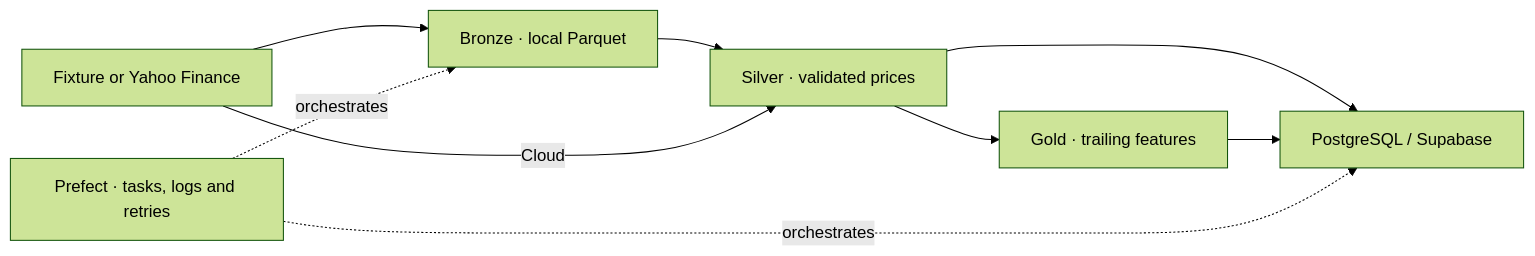
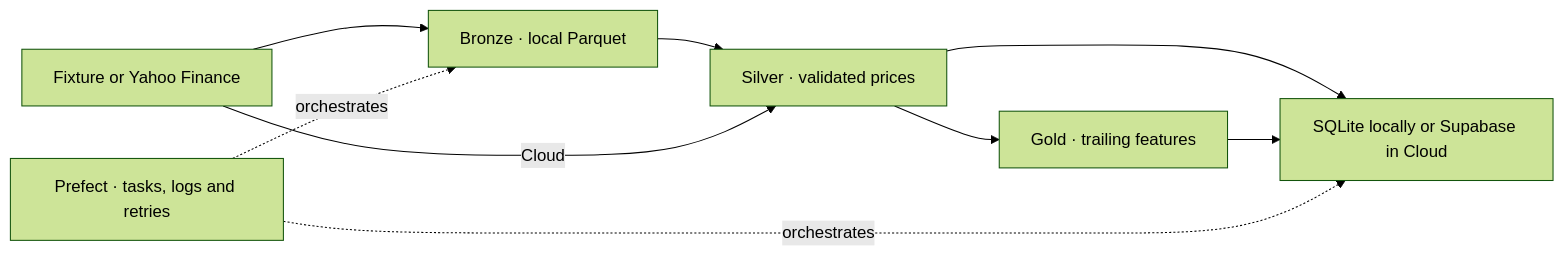
One commit to soloshun/market-data-ml-pipeline changed the diagram in README.md. Above: the diagram before and after it, drawn with Mermaid (forest theme). The commit also changed other lines of this file and 17 other files, not shown here.

Commit message:
Use SQLite locally and Prefect Secrets for Supabase

````diff
--- a/README.md
+++ b/README.md
@@ -5,11 +5,11 @@
 ```mermaid
 flowchart LR
     A["Fixture or Yahoo Finance"] --> B["Bronze · local Parquet"]
     B --> C["Silver · validated prices"]
     A -->|Cloud| C
     C --> D["Gold · trailing features"]
-    C --> E["PostgreSQL / Supabase"]
+    C --> E["SQLite locally or Supabase in Cloud"]
     D --> E
     F["Prefect · tasks, logs and retries"] -. orchestrates .-> B
     F -. orchestrates .-> E
 ```
````
